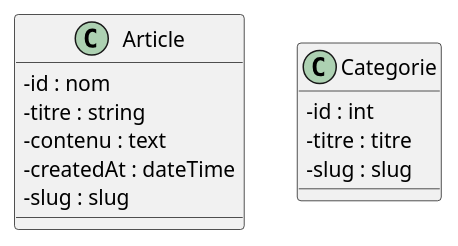
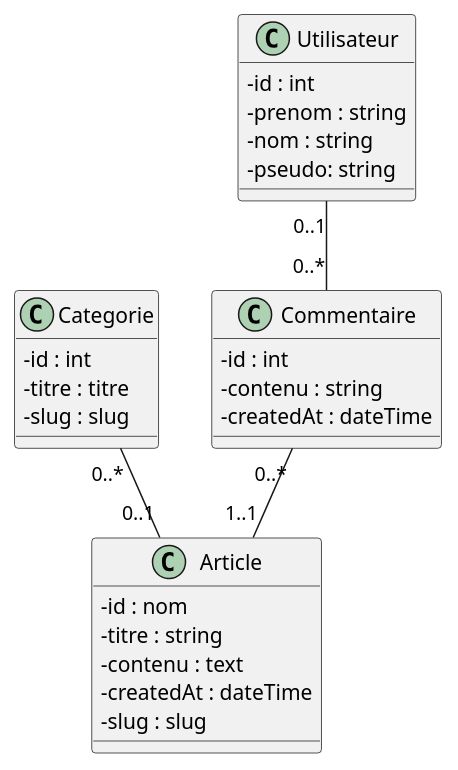
The diagram in documentation/diagrammeDeClasse.puml (zbch00/blog-symfony), drawn with PlantUML before and after one commit. The commit also changed 40 other files, not shown here.

```diff
--- a/documentation/diagrammeDeClasse.puml
+++ b/documentation/diagrammeDeClasse.puml
@@ -1,20 +1,36 @@
 @startuml
 
 skinparam classAttributeIconSize 0
 
 class Article {
     -id : nom
     -titre : string
     -contenu : text
     -createdAt : dateTime
     -slug : slug
 
 }
 
 class Categorie {
     -id : int
     -titre : titre
     -slug : slug
 }
 
+class Commentaire {
+    -id : int
+    -contenu : string
+    -createdAt : dateTime
+}
+
+class Utilisateur {
+    -id : int
+    -prenom : string
+    -nom : string
+    -pseudo: string
+}
+
+Categorie "0..*" -- "0..1" Article
+Commentaire "0..*" -- "1..1" Article
+Utilisateur "0..1" -- "0..*" Commentaire
 @enduml
```
